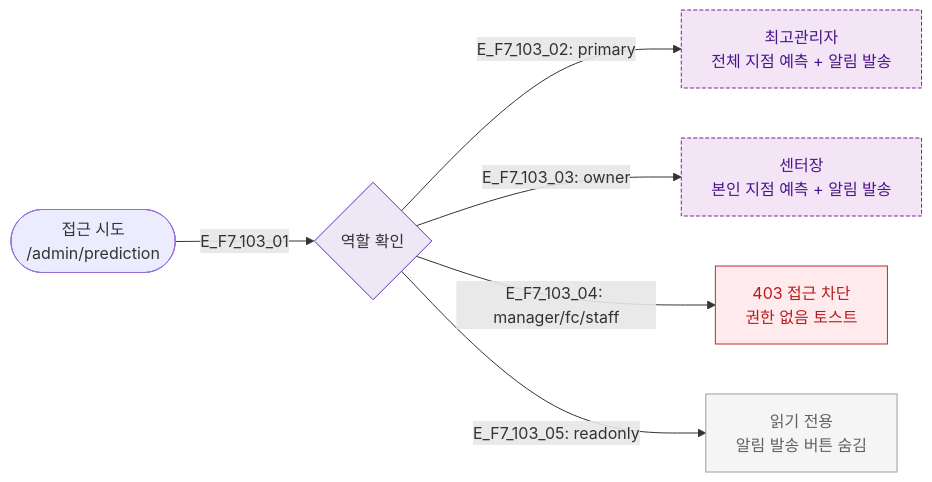
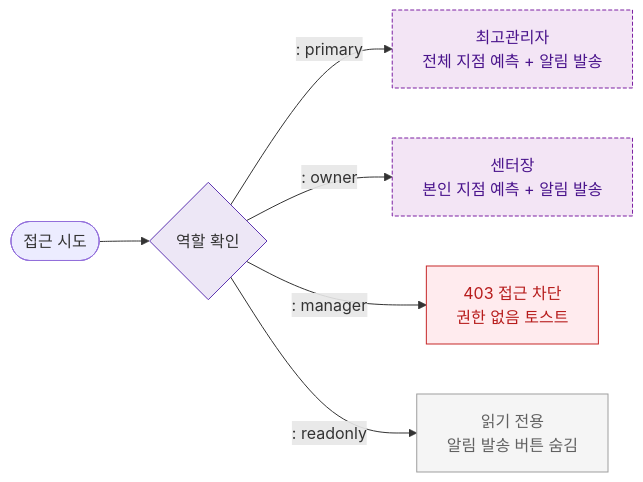
The diagram in docs/다이어그램/D10_본사관리/SCR-103_예측분석/F7_권한RBAC.md (dev-spogym/admin-pando), drawn with Mermaid before and after one commit. The commit also changed other lines of this file and 1660 other files, not shown here.

First line of the commit message:
다이어그램: 기획자/클라이언트 납품본으로 정리

````diff
--- a/docs/다이어그램/D10_본사관리/SCR-103_예측분석/F7_권한RBAC.md
+++ b/docs/다이어그램/D10_본사관리/SCR-103_예측분석/F7_권한RBAC.md
@@ -14,20 +12,20 @@
 ```mermaid
 flowchart LR
-    User([접근 시도\n/admin/prediction])
-    User -->|E_F7_103_01| RoleCheck{역할 확인}
+    User([접근 시도\n])
+    User --> RoleCheck{역할 확인}
 
-    RoleCheck -->|"E_F7_103_02: primary"| P[최고관리자\n전체 지점 예측 + 알림 발송]
-    RoleCheck -->|"E_F7_103_03: owner"| O[센터장\n본인 지점 예측 + 알림 발송]
-    RoleCheck -->|"E_F7_103_04: manager/fc/staff"| Staff[403 접근 차단\n권한 없음 토스트]
-    RoleCheck -->|"E_F7_103_05: readonly"| RO[읽기 전용\n알림 발송 버튼 숨김]
+    RoleCheck -->|": primary"|P[최고관리자\n전체 지점 예측 + 알림 발송]
+    RoleCheck -->|": owner"|O[센터장\n본인 지점 예측 + 알림 발송]
+    RoleCheck -->|": manager"|Staff[403 접근 차단\n권한 없음 토스트]
+    RoleCheck -->|": readonly"|RO[읽기 전용\n알림 발송 버튼 숨김]
 
     classDef screen fill:#E3F2FD,stroke:#1976D2,color:#0D47A1
     classDef newFeature fill:#F3E5F5,stroke:#7B1FA2,color:#4A148C,stroke-dasharray:4 2
     classDef rbacBlocked fill:#F5F5F5,stroke:#9E9E9E,color:#616161
     classDef error fill:#FFEBEE,stroke:#C62828,color:#B71C1C
     classDef system fill:#EDE7F6,stroke:#5E35B2
     class P,O newFeature
     class RO rbacBlocked
     class Staff error
     class RoleCheck system
 ```
````
